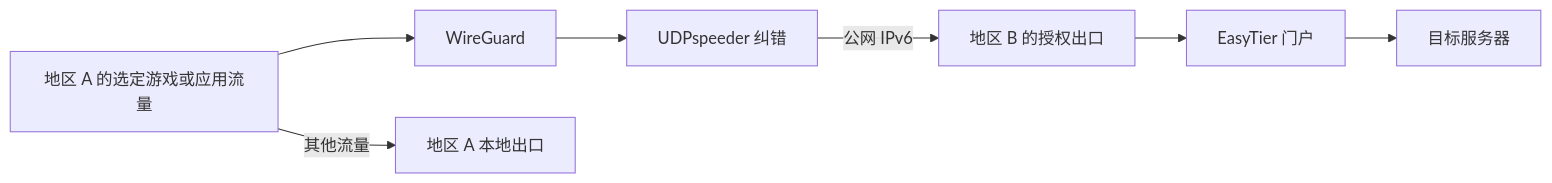
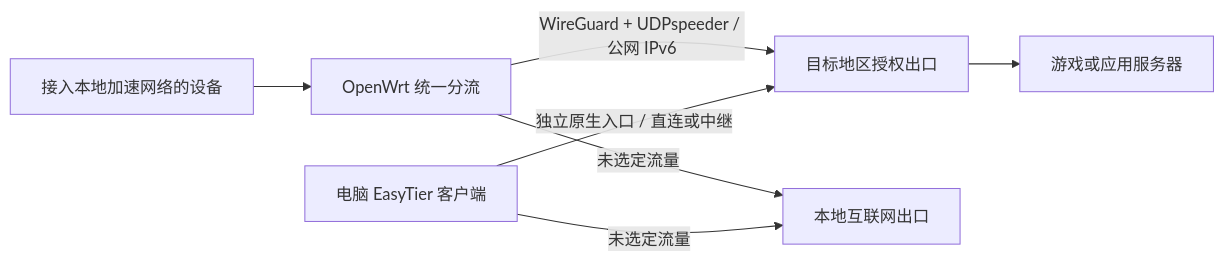
Before and after one commit to Utsusemi233/easytier-cross-region-game-accelerator: the diagram in README.md, drawn with Mermaid. The commit also changed other lines of this file and 8 other files, not shown here.

Commit message:
Clarify OpenWrt gateway routing and independent computer access

````diff
--- a/README.md
+++ b/README.md
@@ -30,9 +47,9 @@
 ```mermaid
 flowchart LR
- A[地区 A 的选定游戏或应用流量] --> B[WireGuard]
- B --> C[UDPspeeder 纠错]
- C -->|公网 IPv6| D[地区 B 的授权出口]
- D --> E[EasyTier 门户]
- E --> F[目标服务器]
- A -->|其他流量| G[地区 A 本地出口]
+ A[接入本地加速网络的设备] --> B[OpenWrt 统一分流]
+ B -->|WireGuard + UDPspeeder / 公网 IPv6| D[目标地区授权出口]
+ P[电脑 EasyTier 客户端] -->|独立原生入口 / 直连或中继| D
+ D --> F[游戏或应用服务器]
+ B -->|未选定流量| G[本地互联网出口]
+ P -->|未选定流量| G
 ```
````
